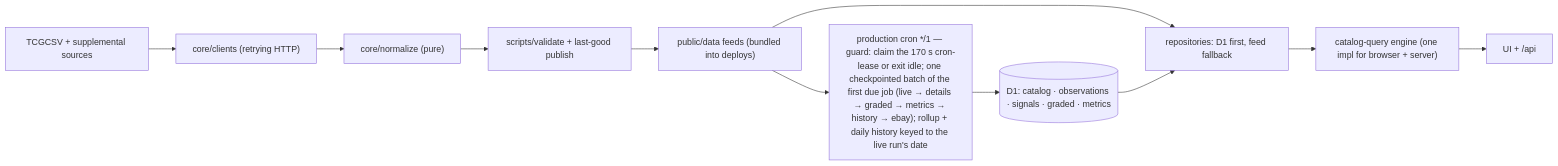
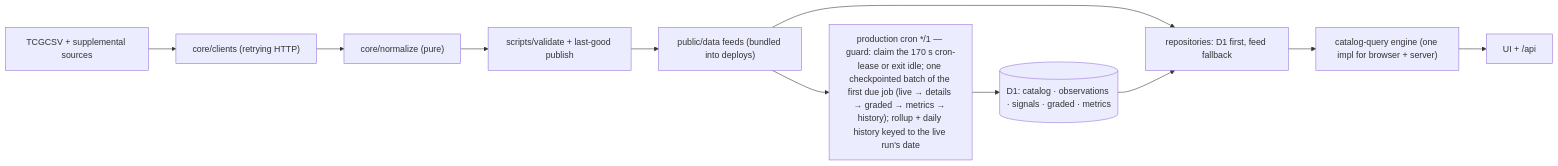
One commit to cjord/rawsignal changed the third of 3 diagrams in docs/helicopter-view.md. Above: the diagram before and after it, drawn with Mermaid. The commit also changed other lines of this file and 26 other files, not shown here.

````diff
--- a/docs/helicopter-view.md
+++ b/docs/helicopter-view.md
@@ -106,18 +106,18 @@
 ```mermaid
 flowchart LR
   src["TCGCSV + supplemental sources"]
   clients["core/clients (retrying HTTP)"]
   norm["core/normalize (pure)"]
   val["scripts/validate + last-good publish"]
   pub["public/data feeds (bundled into deploys)"]
-  cron["production cron */1 — guard: claim the 170 s cron-lease or exit idle; one checkpointed batch of the first due job (live → details → graded → metrics → history → ebay); rollup + daily history keyed to the live run's date"]
+  cron["production cron */1 — guard: claim the 170 s cron-lease or exit idle; one checkpointed batch of the first due job (live → details → graded → metrics → history); rollup + daily history keyed to the live run's date"]
   d1[("D1: catalog · observations · signals · graded · metrics")]
   repos["repositories: D1 first, feed fallback"]
   engine["catalog-query engine (one impl for browser + server)"]
   uiEnd["UI + /api"]
 
   src --> clients --> norm --> val --> pub
   pub --> cron --> d1
   pub --> repos
   d1 --> repos --> engine --> uiEnd
 ```
````
